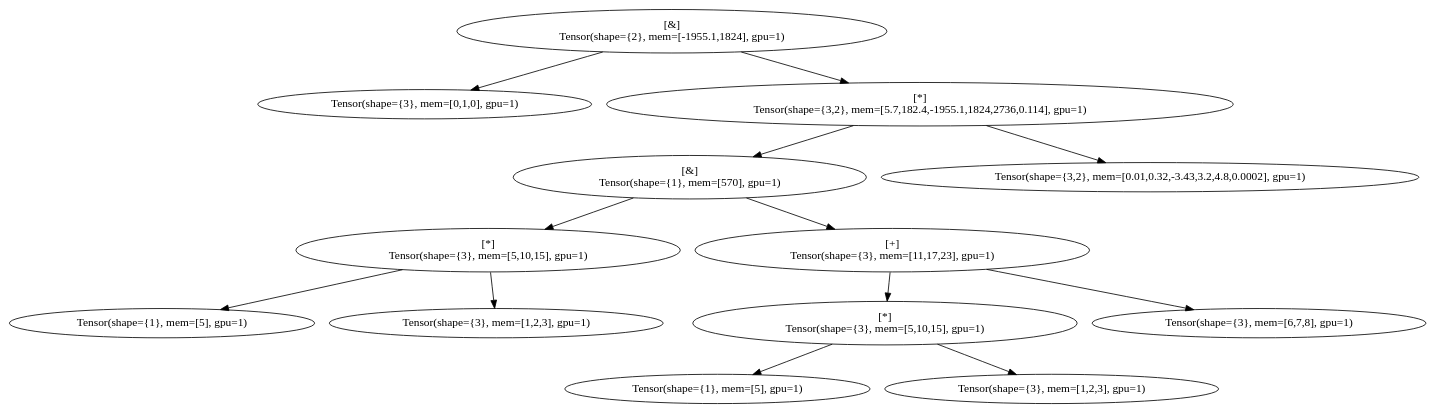
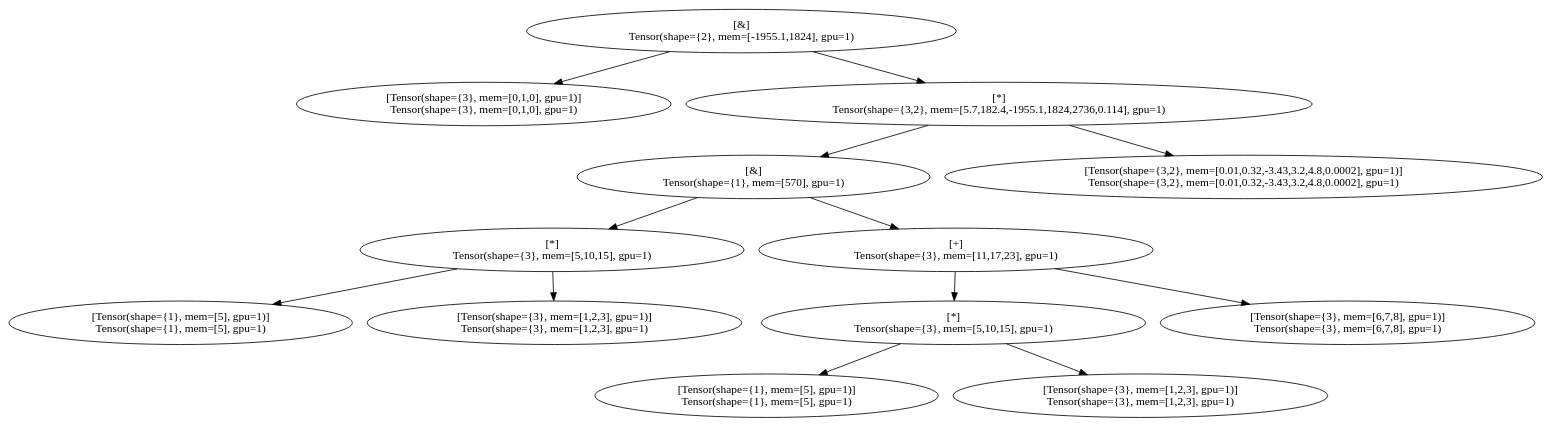
The diagram in graphs/graph_final_eval_2.dot (MarkusPfundstein/tensorcpp), drawn with Graphviz before and after one commit. The commit also changed 18 other files, not shown here.

```diff
--- a/graphs/graph_final_eval_2.dot
+++ b/graphs/graph_final_eval_2.dot
@@ -1,27 +1,27 @@
 digraph G {
-MATMUL_Output_0sj8n[label="[&]\nTensor(shape={2}, mem=[-1955.1,1824], gpu=1)"]
-TENSOR_MATMUL_Output_0sj8n_1SWjz[label="Tensor(shape={3}, mem=[0,1,0], gpu=1)"]
-MATMUL_Output_0sj8n -> TENSOR_MATMUL_Output_0sj8n_1SWjz
-MUL_MATMUL_Output_0sj8n_1sS4E[label="[*]\nTensor(shape={3,2}, mem=[5.7,182.4,-1955.1,1824,2736,0.114], gpu=1)"]
-MATMUL_Output_0sj8n -> MUL_MATMUL_Output_0sj8n_1sS4E
-MATMUL_MUL_MATMUL_Output_0sj8n_1sS4E_28yCO[label="[&]\nTensor(shape={1}, mem=[570], gpu=1)"]
-MUL_MATMUL_Output_0sj8n_1sS4E -> MATMUL_MUL_MATMUL_Output_0sj8n_1sS4E_28yCO
-MUL_MATMUL_MUL_MATMUL_Output_0sj8n_1sS4E_28yCO_3O9oB[label="[*]\nTensor(shape={3}, mem=[5,10,15], gpu=1)"]
-MATMUL_MUL_MATMUL_Output_0sj8n_1sS4E_28yCO -> MUL_MATMUL_MUL_MATMUL_Output_0sj8n_1sS4E_28yCO_3O9oB
-TENSOR_MUL_MATMUL_MUL_MATMUL_Output_0sj8n_1sS4E_28yCO_3O9oB_4sC0b[label="Tensor(shape={1}, mem=[5], gpu=1)"]
-MUL_MATMUL_MUL_MATMUL_Output_0sj8n_1sS4E_28yCO_3O9oB -> TENSOR_MUL_MATMUL_MUL_MATMUL_Output_0sj8n_1sS4E_28yCO_3O9oB_4sC0b
-TENSOR_MUL_MATMUL_MUL_MATMUL_Output_0sj8n_1sS4E_28yCO_3O9oB_4ZsB7[label="Tensor(shape={3}, mem=[1,2,3], gpu=1)"]
-MUL_MATMUL_MUL_MATMUL_Output_0sj8n_1sS4E_28yCO_3O9oB -> TENSOR_MUL_MATMUL_MUL_MATMUL_Output_0sj8n_1sS4E_28yCO_3O9oB_4ZsB7
-PLUS_MATMUL_MUL_MATMUL_Output_0sj8n_1sS4E_28yCO_37YfY[label="[+]\nTensor(shape={3}, mem=[11,17,23], gpu=1)"]
-MATMUL_MUL_MATMUL_Output_0sj8n_1sS4E_28yCO -> PLUS_MATMUL_MUL_MATMUL_Output_0sj8n_1sS4E_28yCO_37YfY
-MUL_PLUS_MATMUL_MUL_MATMUL_Output_0sj8n_1sS4E_28yCO_37YfY_4skNr[label="[*]\nTensor(shape={3}, mem=[5,10,15], gpu=1)"]
-PLUS_MATMUL_MUL_MATMUL_Output_0sj8n_1sS4E_28yCO_37YfY -> MUL_PLUS_MATMUL_MUL_MATMUL_Output_0sj8n_1sS4E_28yCO_37YfY_4skNr
-TENSOR_MUL_PLUS_MATMUL_MUL_MATMUL_Output_0sj8n_1sS4E_28yCO_37YfY_4skNr_5Jkos[label="Tensor(shape={1}, mem=[5], gpu=1)"]
-MUL_PLUS_MATMUL_MUL_MATMUL_Output_0sj8n_1sS4E_28yCO_37YfY_4skNr -> TENSOR_MUL_PLUS_MATMUL_MUL_MATMUL_Output_0sj8n_1sS4E_28yCO_37YfY_4skNr_5Jkos
-TENSOR_MUL_PLUS_MATMUL_MUL_MATMUL_Output_0sj8n_1sS4E_28yCO_37YfY_4skNr_5olPn[label="Tensor(shape={3}, mem=[1,2,3], gpu=1)"]
-MUL_PLUS_MATMUL_MUL_MATMUL_Output_0sj8n_1sS4E_28yCO_37YfY_4skNr -> TENSOR_MUL_PLUS_MATMUL_MUL_MATMUL_Output_0sj8n_1sS4E_28yCO_37YfY_4skNr_5olPn
-TENSOR_PLUS_MATMUL_MUL_MATMUL_Output_0sj8n_1sS4E_28yCO_37YfY_4LwQ2[label="Tensor(shape={3}, mem=[6,7,8], gpu=1)"]
-PLUS_MATMUL_MUL_MATMUL_Output_0sj8n_1sS4E_28yCO_37YfY -> TENSOR_PLUS_MATMUL_MUL_MATMUL_Output_0sj8n_1sS4E_28yCO_37YfY_4LwQ2
-TENSOR_MUL_MATMUL_Output_0sj8n_1sS4E_2iWGu[label="Tensor(shape={3,2}, mem=[0.01,0.32,-3.43,3.2,4.8,0.0002], gpu=1)"]
-MUL_MATMUL_Output_0sj8n_1sS4E -> TENSOR_MUL_MATMUL_Output_0sj8n_1sS4E_2iWGu
+MATMUL_Output_0RbQ2[label="[&]\nTensor(shape={2}, mem=[-1955.1,1824], gpu=1)"]
+TENSOR_MATMUL_Output_0RbQ2_1w2MU[label="[Tensor(shape={3}, mem=[0,1,0], gpu=1)]\nTensor(shape={3}, mem=[0,1,0], gpu=1)"]
+MATMUL_Output_0RbQ2 -> TENSOR_MATMUL_Output_0RbQ2_1w2MU
+MUL_MATMUL_Output_0RbQ2_1D7gZ[label="[*]\nTensor(shape={3,2}, mem=[5.7,182.4,-1955.1,1824,2736,0.114], gpu=1)"]
+MATMUL_Output_0RbQ2 -> MUL_MATMUL_Output_0RbQ2_1D7gZ
+MATMUL_MUL_MATMUL_Output_0RbQ2_1D7gZ_2tLq6[label="[&]\nTensor(shape={1}, mem=[570], gpu=1)"]
+MUL_MATMUL_Output_0RbQ2_1D7gZ -> MATMUL_MUL_MATMUL_Output_0RbQ2_1D7gZ_2tLq6
+MUL_MATMUL_MUL_MATMUL_Output_0RbQ2_1D7gZ_2tLq6_3Uznk[label="[*]\nTensor(shape={3}, mem=[5,10,15], gpu=1)"]
+MATMUL_MUL_MATMUL_Output_0RbQ2_1D7gZ_2tLq6 -> MUL_MATMUL_MUL_MATMUL_Output_0RbQ2_1D7gZ_2tLq6_3Uznk
+TENSOR_MUL_MATMUL_MUL_MATMUL_Output_0RbQ2_1D7gZ_2tLq6_3Uznk_4R2G3[label="[Tensor(shape={1}, mem=[5], gpu=1)]\nTensor(shape={1}, mem=[5], gpu=1)"]
+MUL_MATMUL_MUL_MATMUL_Output_0RbQ2_1D7gZ_2tLq6_3Uznk -> TENSOR_MUL_MATMUL_MUL_MATMUL_Output_0RbQ2_1D7gZ_2tLq6_3Uznk_4R2G3
+TENSOR_MUL_MATMUL_MUL_MATMUL_Output_0RbQ2_1D7gZ_2tLq6_3Uznk_4TvRV[label="[Tensor(shape={3}, mem=[1,2,3], gpu=1)]\nTensor(shape={3}, mem=[1,2,3], gpu=1)"]
+MUL_MATMUL_MUL_MATMUL_Output_0RbQ2_1D7gZ_2tLq6_3Uznk -> TENSOR_MUL_MATMUL_MUL_MATMUL_Output_0RbQ2_1D7gZ_2tLq6_3Uznk_4TvRV
+PLUS_MATMUL_MUL_MATMUL_Output_0RbQ2_1D7gZ_2tLq6_3jk3x[label="[+]\nTensor(shape={3}, mem=[11,17,23], gpu=1)"]
+MATMUL_MUL_MATMUL_Output_0RbQ2_1D7gZ_2tLq6 -> PLUS_MATMUL_MUL_MATMUL_Output_0RbQ2_1D7gZ_2tLq6_3jk3x
+MUL_PLUS_MATMUL_MUL_MATMUL_Output_0RbQ2_1D7gZ_2tLq6_3jk3x_4MOtl[label="[*]\nTensor(shape={3}, mem=[5,10,15], gpu=1)"]
+PLUS_MATMUL_MUL_MATMUL_Output_0RbQ2_1D7gZ_2tLq6_3jk3x -> MUL_PLUS_MATMUL_MUL_MATMUL_Output_0RbQ2_1D7gZ_2tLq6_3jk3x_4MOtl
+TENSOR_MUL_PLUS_MATMUL_MUL_MATMUL_Output_0RbQ2_1D7gZ_2tLq6_3jk3x_4MOtl_5dmJn[label="[Tensor(shape={1}, mem=[5], gpu=1)]\nTensor(shape={1}, mem=[5], gpu=1)"]
+MUL_PLUS_MATMUL_MUL_MATMUL_Output_0RbQ2_1D7gZ_2tLq6_3jk3x_4MOtl -> TENSOR_MUL_PLUS_MATMUL_MUL_MATMUL_Output_0RbQ2_1D7gZ_2tLq6_3jk3x_4MOtl_5dmJn
+TENSOR_MUL_PLUS_MATMUL_MUL_MATMUL_Output_0RbQ2_1D7gZ_2tLq6_3jk3x_4MOtl_5RwSu[label="[Tensor(shape={3}, mem=[1,2,3], gpu=1)]\nTensor(shape={3}, mem=[1,2,3], gpu=1)"]
+MUL_PLUS_MATMUL_MUL_MATMUL_Output_0RbQ2_1D7gZ_2tLq6_3jk3x_4MOtl -> TENSOR_MUL_PLUS_MATMUL_MUL_MATMUL_Output_0RbQ2_1D7gZ_2tLq6_3jk3x_4MOtl_5RwSu
+TENSOR_PLUS_MATMUL_MUL_MATMUL_Output_0RbQ2_1D7gZ_2tLq6_3jk3x_4sbqB[label="[Tensor(shape={3}, mem=[6,7,8], gpu=1)]\nTensor(shape={3}, mem=[6,7,8], gpu=1)"]
+PLUS_MATMUL_MUL_MATMUL_Output_0RbQ2_1D7gZ_2tLq6_3jk3x -> TENSOR_PLUS_MATMUL_MUL_MATMUL_Output_0RbQ2_1D7gZ_2tLq6_3jk3x_4sbqB
+TENSOR_MUL_MATMUL_Output_0RbQ2_1D7gZ_28vC2[label="[Tensor(shape={3,2}, mem=[0.01,0.32,-3.43,3.2,4.8,0.0002], gpu=1)]\nTensor(shape={3,2}, mem=[0.01,0.32,-3.43,3.2,4.8,0.0002], gpu=1)"]
+MUL_MATMUL_Output_0RbQ2_1D7gZ -> TENSOR_MUL_MATMUL_Output_0RbQ2_1D7gZ_28vC2
 }
```
